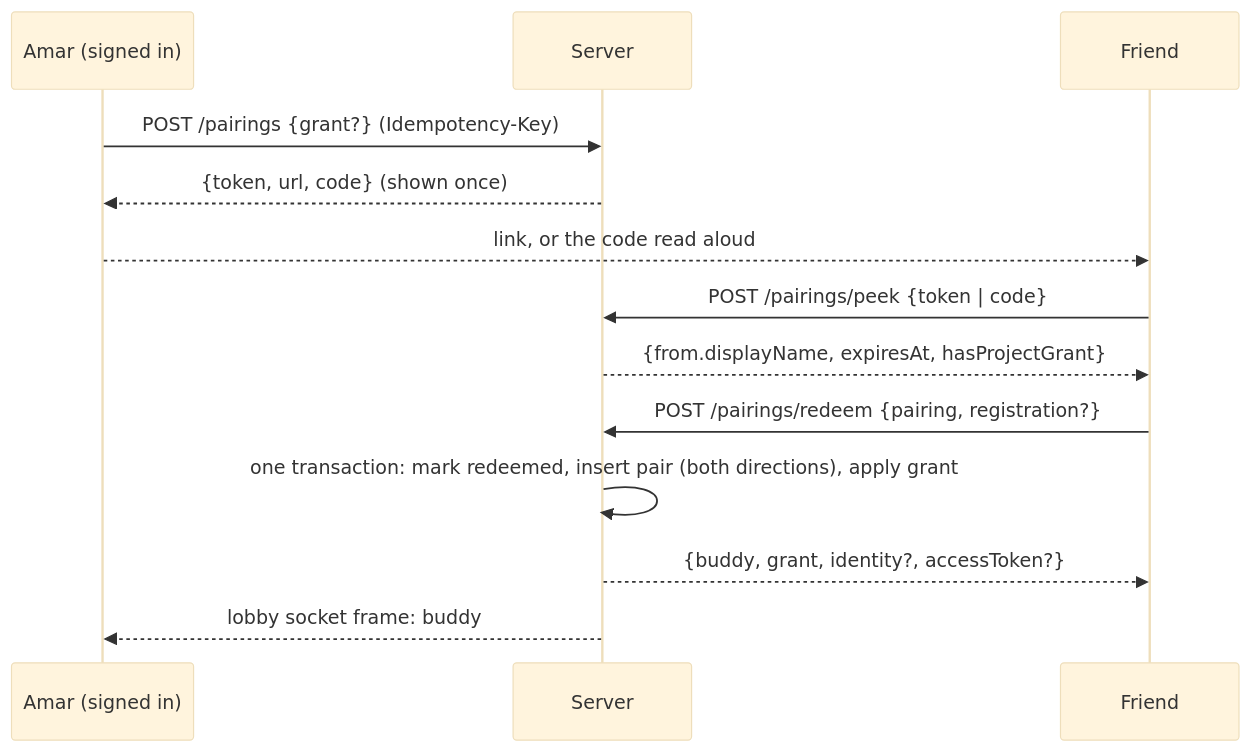
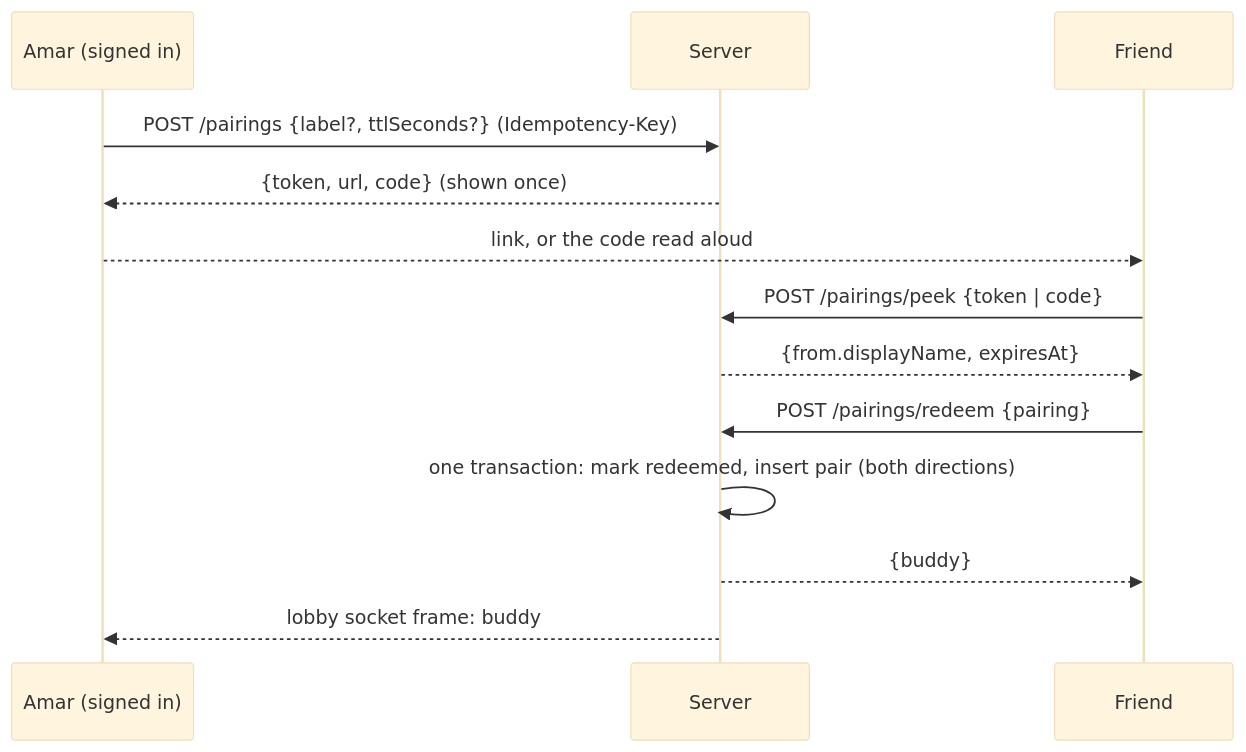
Before and after one commit to kushwahaamar-dev/iynk: the second of 3 diagrams in docs/MASTER_PLAN/04_ARCHITECTURE/API_CONTRACTS.md, drawn with Mermaid (base theme). The commit also changed other lines of this file and 104 other files, not shown here.

````diff
--- a/docs/MASTER_PLAN/04_ARCHITECTURE/API_CONTRACTS.md
+++ b/docs/MASTER_PLAN/04_ARCHITECTURE/API_CONTRACTS.md
@@ -384,15 +361,15 @@
 ```mermaid
 sequenceDiagram
   participant A as Amar (signed in)
   participant S as Server
   participant B as Friend
-  A->>S: POST /pairings {grant?}   (Idempotency-Key)
+  A->>S: POST /pairings {label?, ttlSeconds?}   (Idempotency-Key)
   S-->>A: {token, url, code}  (shown once)
   A-->>B: link, or the code read aloud
   B->>S: POST /pairings/peek {token | code}
-  S-->>B: {from.displayName, expiresAt, hasProjectGrant}
-  B->>S: POST /pairings/redeem {pairing, registration?}
-  S->>S: one transaction: mark redeemed, insert pair (both directions), apply grant
-  S-->>B: {buddy, grant, identity?, accessToken?}
+  S-->>B: {from.displayName, expiresAt}
+  B->>S: POST /pairings/redeem {pairing}
+  S->>S: one transaction: mark redeemed, insert pair (both directions)
+  S-->>B: {buddy}
   S-->>A: lobby socket frame: buddy
 ```
````
